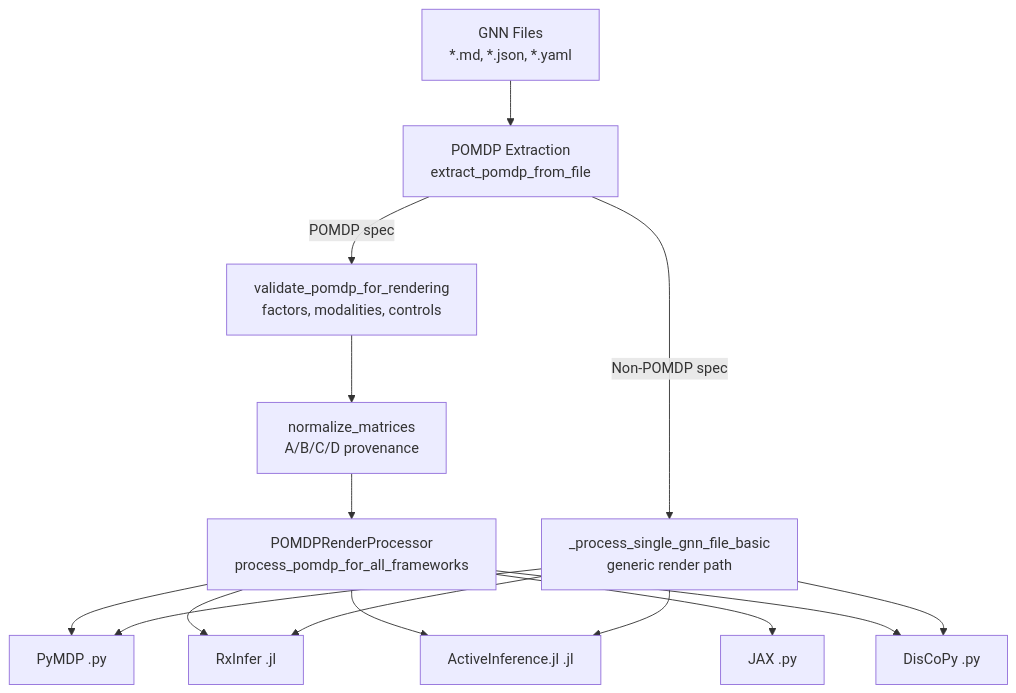
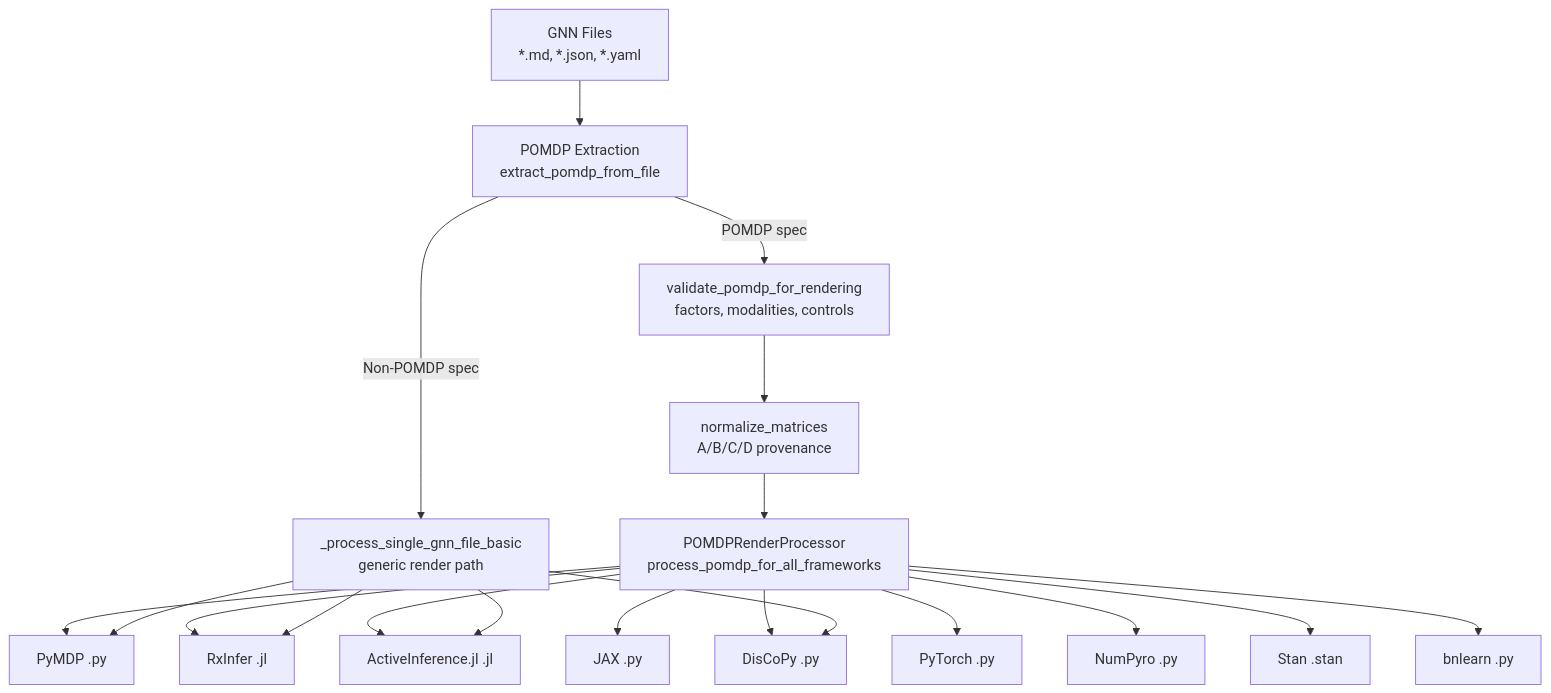
Before and after one commit to ActiveInferenceInstitute/GeneralizedNotationNotation: the first of 8 diagrams in doc/gnn/integration/gnn_implementation.md, drawn with Mermaid. The commit also changed other lines of this file and 76 other files, not shown here.

````diff
--- a/doc/gnn/integration/gnn_implementation.md
+++ b/doc/gnn/integration/gnn_implementation.md
@@ -45,17 +46,21 @@
 ```mermaid
 flowchart TD
     GNN[GNN Files<br>*.md, *.json, *.yaml] --> EXTRACT[POMDP Extraction<br>extract_pomdp_from_file]
     EXTRACT -->|POMDP spec| VALIDATE[validate_pomdp_for_rendering<br>factors, modalities, controls]
     EXTRACT -->|Non-POMDP spec| BASIC[_process_single_gnn_file_basic<br>generic render path]
     VALIDATE --> NORMALIZE[normalize_matrices<br>A/B/C/D provenance]
     NORMALIZE --> RENDER[POMDPRenderProcessor<br>process_pomdp_for_all_frameworks]
     RENDER --> PYMDP[PyMDP .py]
     RENDER --> RXINFER[RxInfer .jl]
     RENDER --> ACTINF[ActiveInference.jl .jl]
     RENDER --> JAX[JAX .py]
     RENDER --> DISCOPY[DisCoPy .py]
+    RENDER --> TORCH[PyTorch .py]
+    RENDER --> NUMPYRO[NumPyro .py]
+    RENDER --> STAN[Stan .stan]
+    RENDER --> BNLEARN[bnlearn .py]
     BASIC --> PYMDP
     BASIC --> RXINFER
     BASIC --> ACTINF
     BASIC --> DISCOPY
 ```
````
